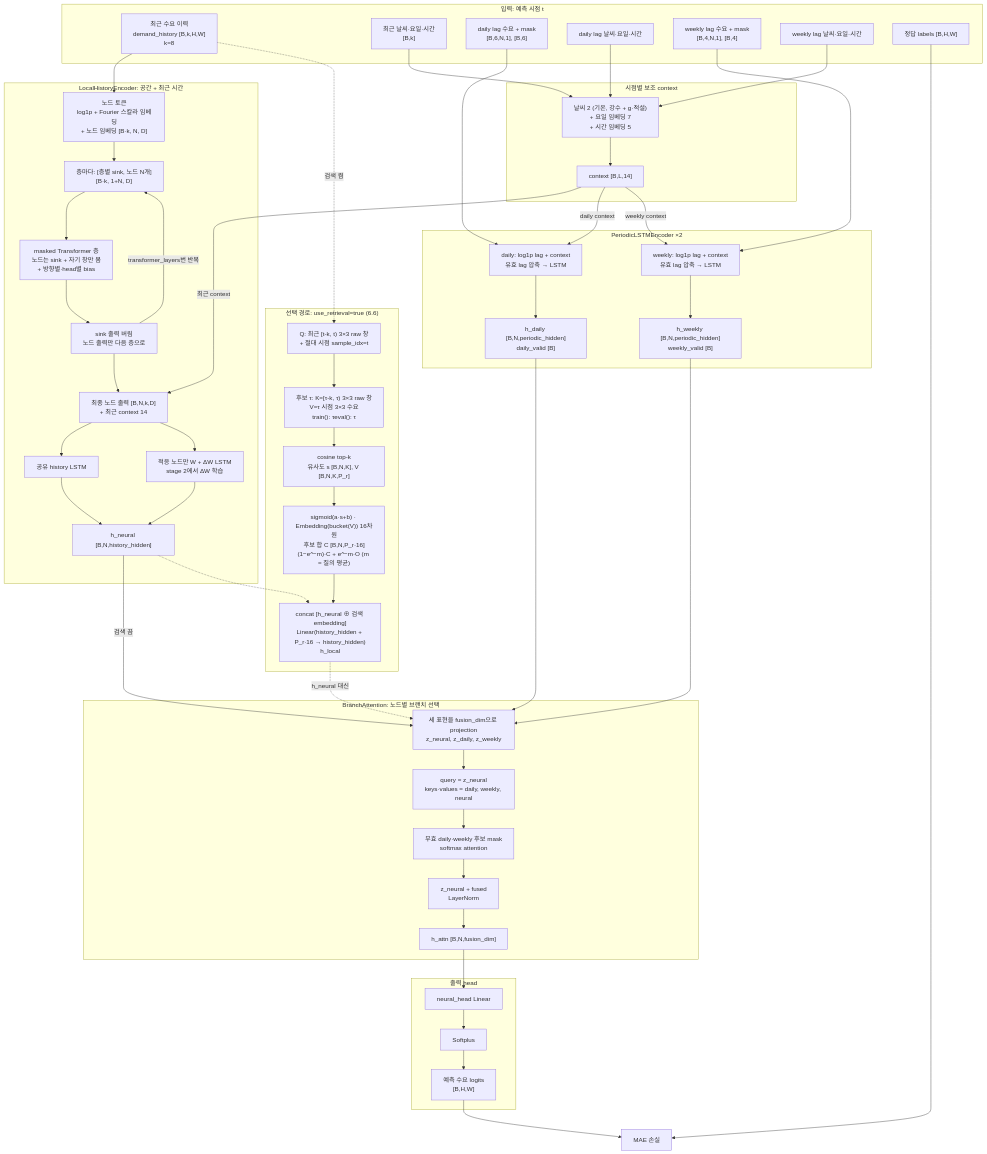
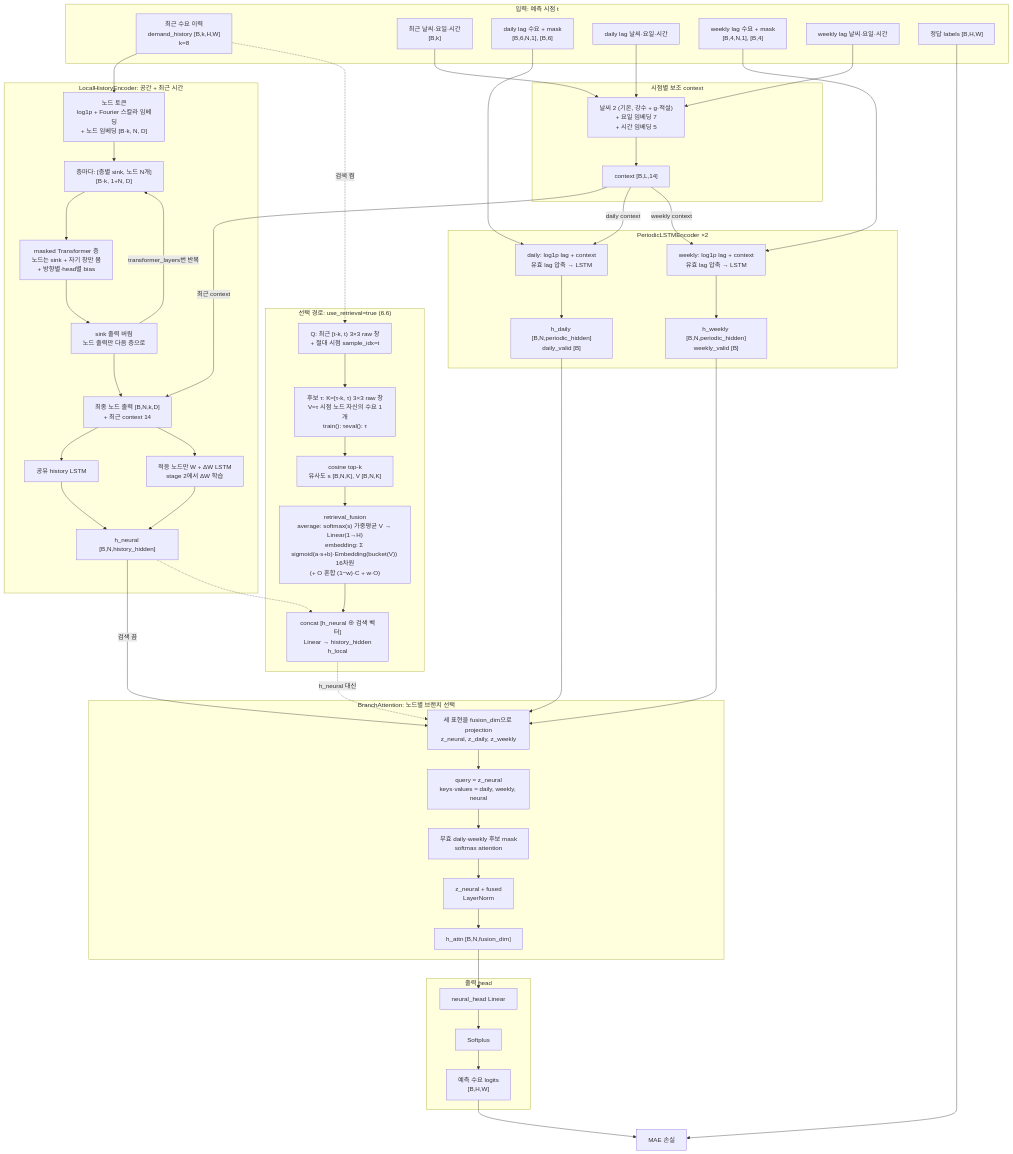
The diagram in docs/SPEC.md (dev-jake-kim/demandprediction), drawn with Mermaid before and after one commit. The commit also changed other lines of this file and 6 other files, not shown here.

Commit message:
Retrieval V = target node's own label (was 3x3 window); fusion modes average | embedding with optional O blending

```diff
--- a/docs/SPEC.md
+++ b/docs/SPEC.md
@@ -107,10 +107,10 @@
 
     subgraph RET["선택 경로: use_retrieval=true (6.6)"]
         R1["Q: 최근 [t-k, t) 3×3 raw 창<br/>+ 절대 시점 sample_idx=t"]
-        R2["후보 τ: K=[τ-k, τ) 3×3 raw 창<br/>V=τ 시점 3×3 수요<br/>train(): τ<train_end, τ∉[t, t+72h]<br/>eval(): τ<t"]
-        R3["cosine top-k<br/>유사도 s [B,N,K], V [B,N,K,P_r]"]
-        R4["sigmoid(a·s+b) · Embedding(bucket(V)) 16차원<br/>후보 합 C [B,N,P_r·16]<br/>(1−e^−m)·C + e^−m·O (m = 질의 평균)"]
-        R5["concat [h_neural ⊕ 검색 embedding]<br/>Linear(history_hidden + P_r·16 → history_hidden)<br/>h_local"]
+        R2["후보 τ: K=[τ-k, τ) 3×3 raw 창<br/>V=τ 시점 노드 자신의 수요 1개<br/>train(): τ<train_end, τ∉[t, t+72h]<br/>eval(): τ<t"]
+        R3["cosine top-k<br/>유사도 s [B,N,K], V [B,N,K]"]
+        R4["retrieval_fusion<br/>average: softmax(s) 가중평균 V → Linear(1→H)<br/>embedding: Σ sigmoid(a·s+b)·Embedding(bucket(V)) 16차원<br/>(+ O 혼합 (1−w)·C + w·O)"]
+        R5["concat [h_neural ⊕ 검색 벡터]<br/>Linear → history_hidden<br/>h_local"]
         R1 --> R2 --> R3 --> R4 --> R5
     end
 
```
